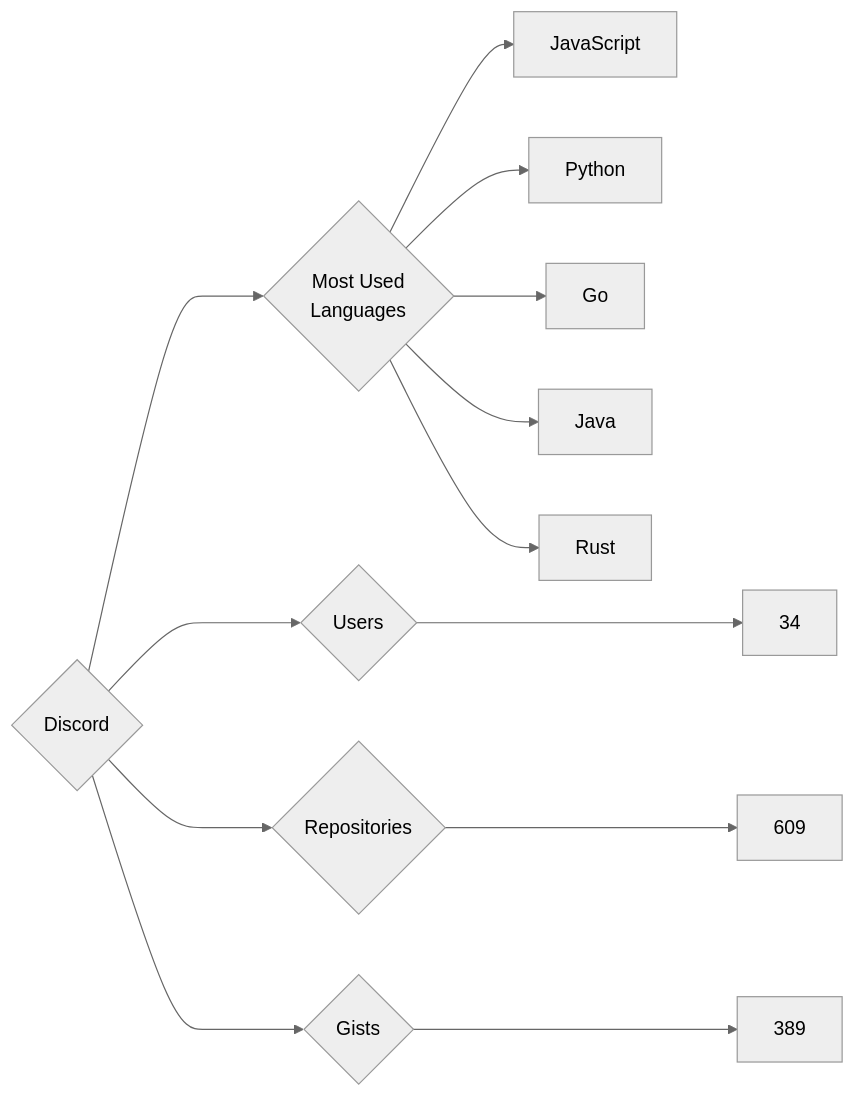
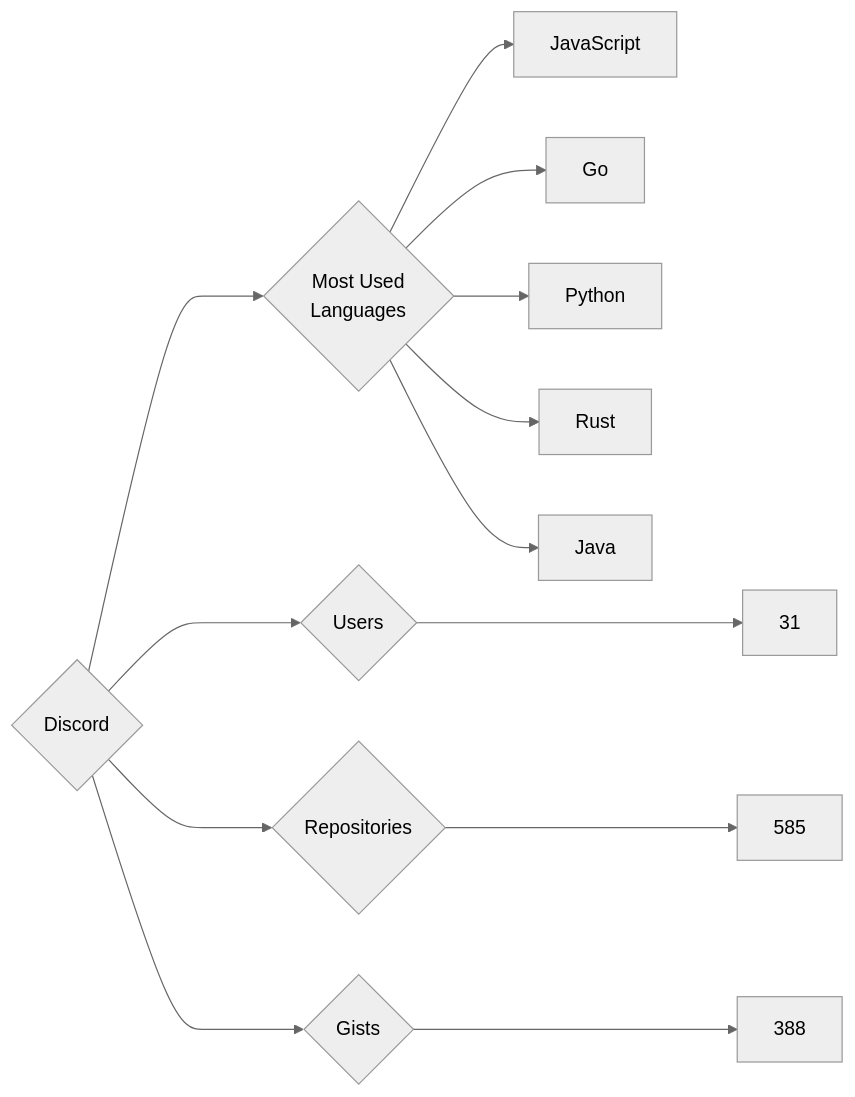
Before and after one commit to trickest/insiders: the diagram in targets/Discord/README.md, drawn with Mermaid (neutral theme). The commit also changed 899 other files, not shown here.

````diff
--- a/targets/Discord/README.md
+++ b/targets/Discord/README.md
@@ -3,13 +3,13 @@
 ```mermaid
 graph LR
 COMPANY_NAME{Discord}
-COMPANY_NAME ---> U{Users} ---> UN[34]
-COMPANY_NAME ---> R{Repositories} ---> RN[609]
-COMPANY_NAME ---> G{Gists} ---> GN[389]
+COMPANY_NAME ---> U{Users} ---> UN[31]
+COMPANY_NAME ---> R{Repositories} ---> RN[585]
+COMPANY_NAME ---> G{Gists} ---> GN[388]
 COMPANY_NAME ---> ML{Most Used<br>Languages}
 ML --> JavaScript[JavaScript]
+ML --> Go[Go]
 ML --> Python[Python]
-ML --> Go[Go]
+ML --> Rust[Rust]
 ML --> Java[Java]
-ML --> Rust[Rust]
 ```
````
